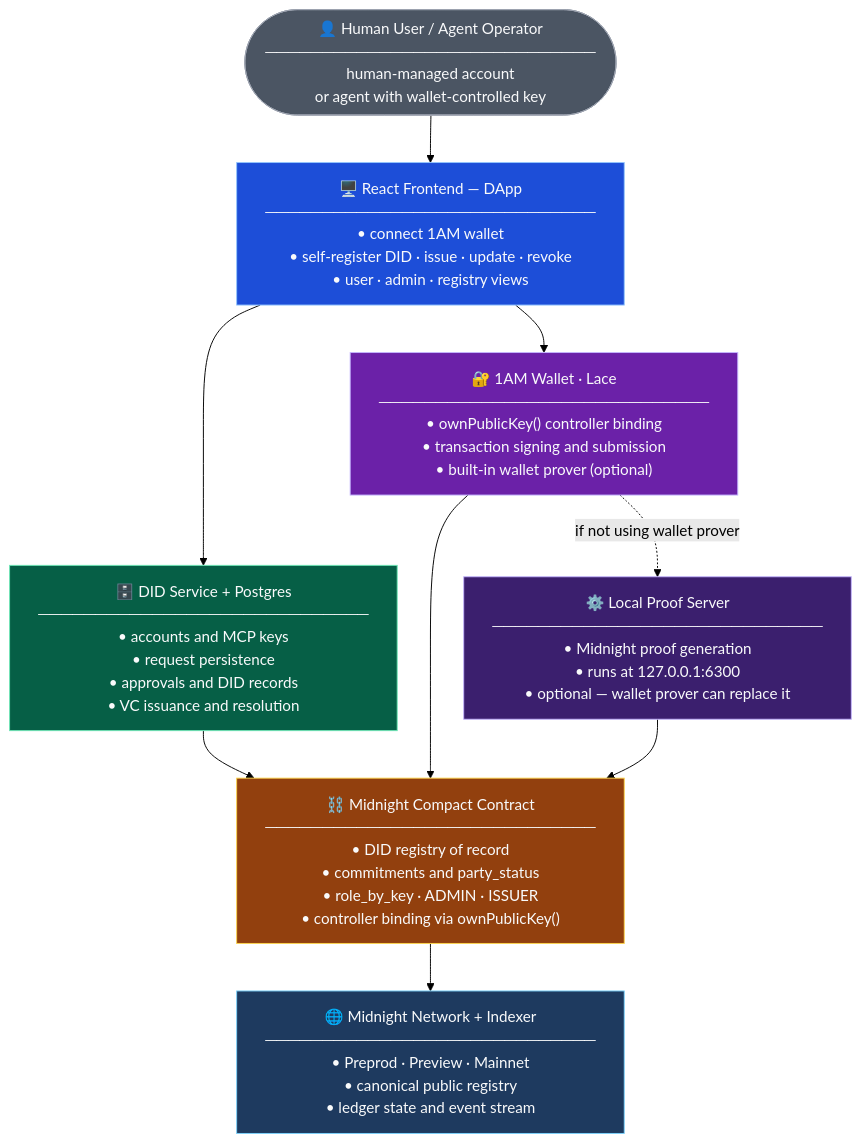
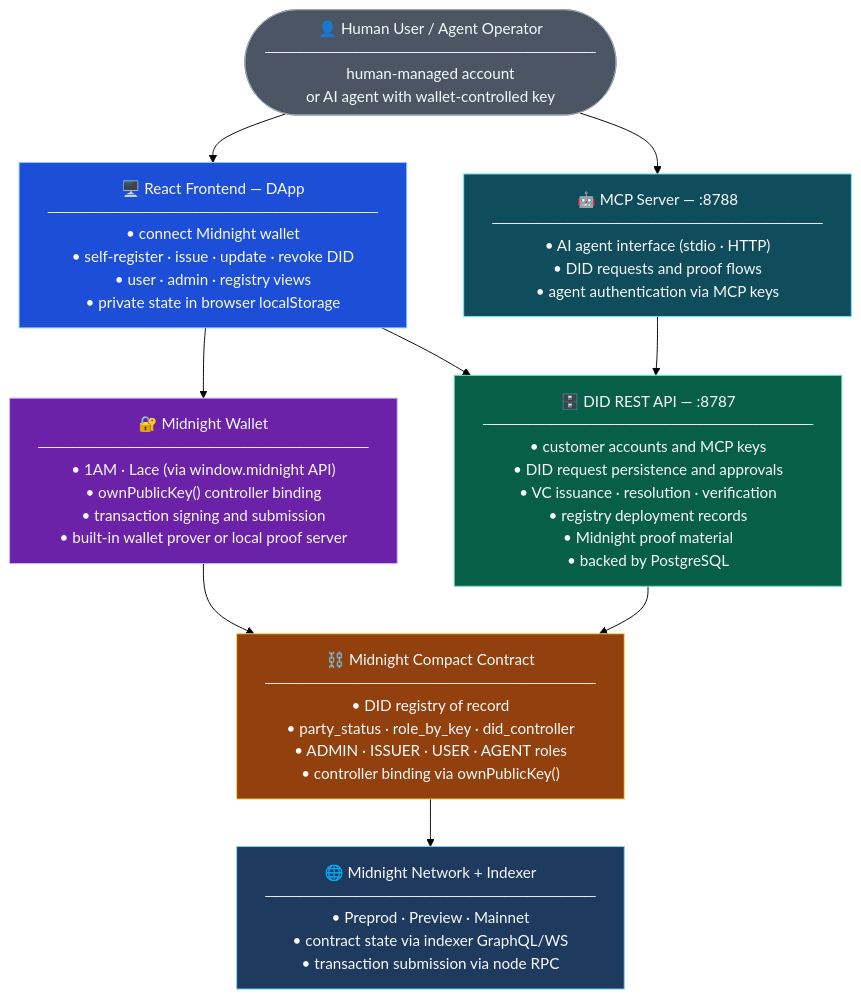
Before and after one commit to apestchanker/midnight-agent-did-manager: the diagram in README.md, drawn with Mermaid (forest theme).

Commit message:
docs: rewrite architecture diagram based on actual codebase review

````diff
--- a/README.md
+++ b/README.md
@@ -53,33 +53,33 @@
 ```mermaid
 flowchart TD
-    HU(["👤 Human User / Agent Operator\n─────────────────────────────\nhuman-managed account\nor agent with wallet-controlled key"])
+    HU(["👤 Human User / Agent Operator\n─────────────────────────────\nhuman-managed account\nor AI agent with wallet-controlled key"])
 
-    FE["🖥️ React Frontend — DApp\n─────────────────────────────\n• connect 1AM wallet\n• self-register DID · issue · update · revoke\n• user · admin · registry views"]
+    FE["🖥️ React Frontend — DApp\n─────────────────────────────\n• connect Midnight wallet\n• self-register · issue · update · revoke DID\n• user · admin · registry views\n• private state in browser localStorage"]
 
-    DS["🗄️ DID Service + Postgres\n─────────────────────────────\n• accounts and MCP keys\n• request persistence\n• approvals and DID records\n• VC issuance and resolution"]
+    WL["🔐 Midnight Wallet\n─────────────────────────────\n• 1AM · Lace (via window.midnight API)\n• ownPublicKey() controller binding\n• transaction signing and submission\n• built-in wallet prover or local proof server"]
 
-    WL["🔐 1AM Wallet · Lace\n─────────────────────────────\n• ownPublicKey() controller binding\n• transaction signing and submission\n• built-in wallet prover (optional)"]
+    DS["🗄️ DID REST API — :8787\n─────────────────────────────\n• customer accounts and MCP keys\n• DID request persistence and approvals\n• VC issuance · resolution · verification\n• registry deployment records\n• Midnight proof material\n• backed by PostgreSQL"]
 
-    PS["⚙️ Local Proof Server\n─────────────────────────────\n• Midnight proof generation\n• runs at 127.0.0.1:6300\n• optional — wallet prover can replace it"]
+    MCP["🤖 MCP Server — :8788\n─────────────────────────────\n• AI agent interface (stdio · HTTP)\n• DID requests and proof flows\n• agent authentication via MCP keys"]
 
-    CC["⛓️ Midnight Compact Contract\n─────────────────────────────\n• DID registry of record\n• commitments and party_status\n• role_by_key · ADMIN · ISSUER\n• controller binding via ownPublicKey()"]
+    CC["⛓️ Midnight Compact Contract\n─────────────────────────────\n• DID registry of record\n• party_status · role_by_key · did_controller\n• ADMIN · ISSUER · USER · AGENT roles\n• controller binding via ownPublicKey()"]
 
-    MN["🌐 Midnight Network + Indexer\n─────────────────────────────\n• Preprod · Preview · Mainnet\n• canonical public registry\n• ledger state and event stream"]
+    IDX["🌐 Midnight Network + Indexer\n─────────────────────────────\n• Preprod · Preview · Mainnet\n• contract state via indexer GraphQL/WS\n• transaction submission via node RPC"]
 
     HU --> FE
+    HU --> MCP
+    FE --> WL
     FE --> DS
-    FE --> WL
-    WL -.->|if not using wallet prover| PS
+    MCP --> DS
+    WL --> CC
     DS --> CC
-    WL --> CC
-    PS --> CC
-    CC --> MN
+    CC --> IDX
 
     style HU fill:#4B5563,stroke:#9CA3AF,color:#F9FAFB
     style FE fill:#1D4ED8,stroke:#93C5FD,color:#F9FAFB
+    style WL fill:#6B21A8,stroke:#C4B5FD,color:#F9FAFB
     style DS fill:#065F46,stroke:#6EE7B7,color:#F9FAFB
-    style WL fill:#6B21A8,stroke:#C4B5FD,color:#F9FAFB
-    style PS fill:#3B1F6E,stroke:#C4B5FD,color:#F9FAFB
+    style MCP fill:#0F4C5C,stroke:#67E8F9,color:#F9FAFB
     style CC fill:#92400E,stroke:#FCD34D,color:#F9FAFB
-    style MN fill:#1E3A5F,stroke:#7DD3FC,color:#F9FAFB
+    style IDX fill:#1E3A5F,stroke:#7DD3FC,color:#F9FAFB
 ```
````
